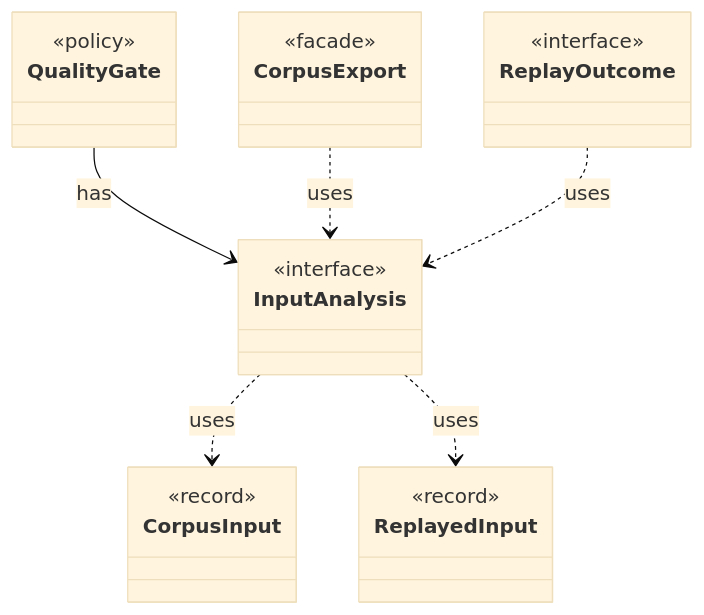
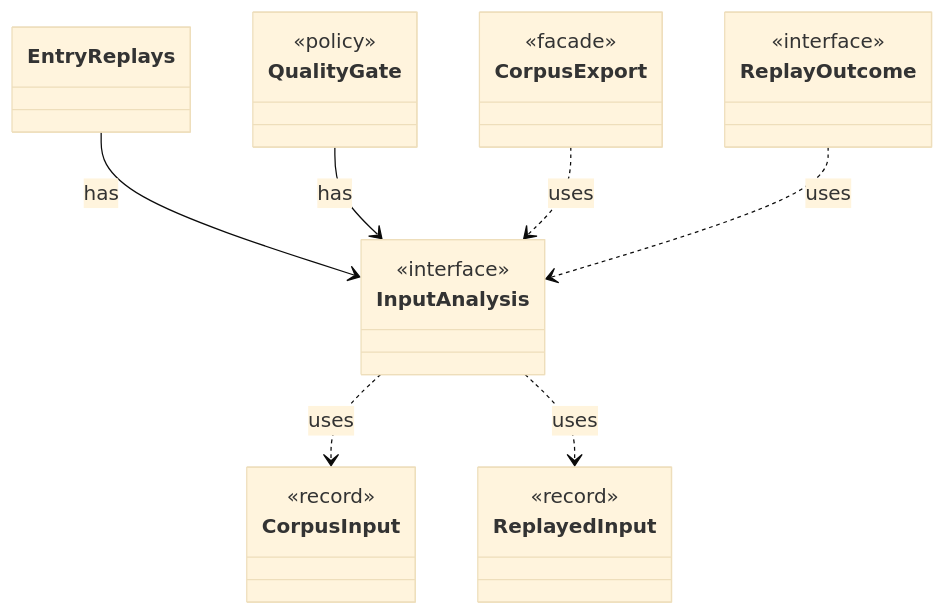
Before and after one commit to tlaplus/model-checker-hardening: the diagram in dev/types/io.github.tlaplus.hardening.corpus.InputAnalysis.md, drawn with Mermaid (base theme). The commit also changed other lines of this file and 410 other files, not shown here.

````diff
--- a/dev/types/io.github.tlaplus.hardening.corpus.InputAnalysis.md
+++ b/dev/types/io.github.tlaplus.hardening.corpus.InputAnalysis.md
@@ -7,26 +7,28 @@
 ```mermaid
 classDiagram
   class InputAnalysis {
     <<interface>>
   }
+  class EntryReplays
   class QualityGate {
     <<policy>>
   }
   class CorpusInput {
     <<record>>
   }
   class ReplayedInput {
     <<record>>
   }
   class CorpusExport {
     <<facade>>
   }
   class ReplayOutcome {
     <<interface>>
   }
+  EntryReplays --> InputAnalysis : has
   QualityGate --> InputAnalysis : has
   InputAnalysis ..> CorpusInput : uses
   InputAnalysis ..> ReplayedInput : uses
   CorpusExport ..> InputAnalysis : uses
   ReplayOutcome ..> InputAnalysis : uses
 ```
````
